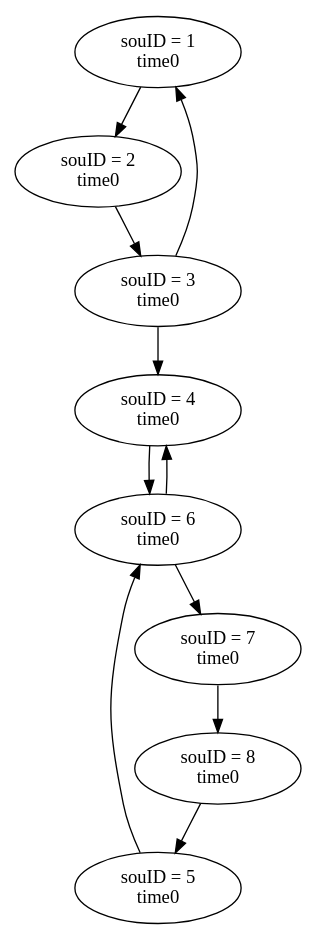
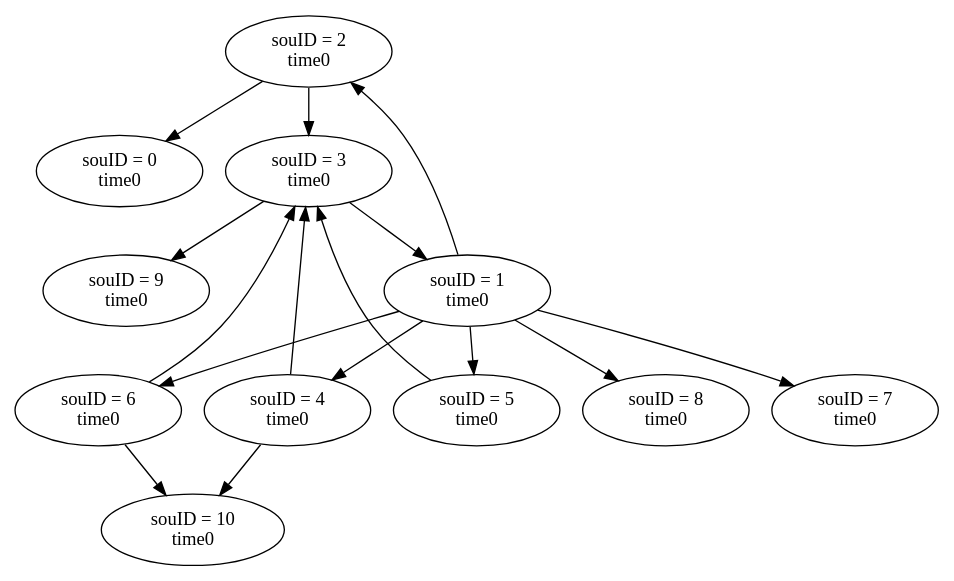
One commit to zzzzzec/work changed the diagram in gt/originGraph/graph0.gv. Above: the diagram before and after it, drawn with Graphviz. The commit also changed 83 other files, not shown here.

```diff
--- a/gt/originGraph/graph0.gv
+++ b/gt/originGraph/graph0.gv
@@ -1,29 +1,40 @@
 // OriginGraph0
 digraph {
+	0 [label="souID = 0
+time0"]
 	1 [label="souID = 1
 time0"]
 	2 [label="souID = 2
 time0"]
 	3 [label="souID = 3
 time0"]
 	4 [label="souID = 4
 time0"]
 	5 [label="souID = 5
 time0"]
 	6 [label="souID = 6
 time0"]
 	7 [label="souID = 7
 time0"]
 	8 [label="souID = 8
 time0"]
+	9 [label="souID = 9
+time0"]
+	10 [label="souID = 10
+time0"]
 	1 -> 2
+	1 -> 4
+	1 -> 5
+	1 -> 6
+	1 -> 7
+	1 -> 8
+	2 -> 0
 	2 -> 3
+	3 -> 9
 	3 -> 1
-	3 -> 4
-	4 -> 6
-	5 -> 6
-	6 -> 7
-	6 -> 4
-	7 -> 8
-	8 -> 5
+	4 -> 3
+	4 -> 10
+	5 -> 3
+	6 -> 3
+	6 -> 10
 }
```
